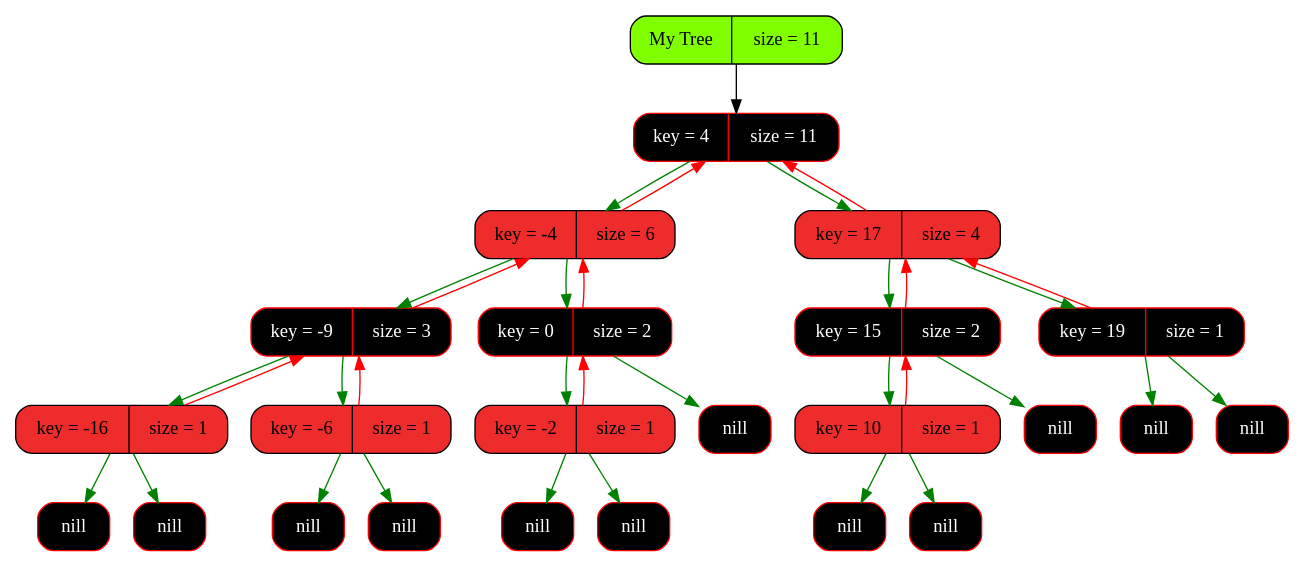
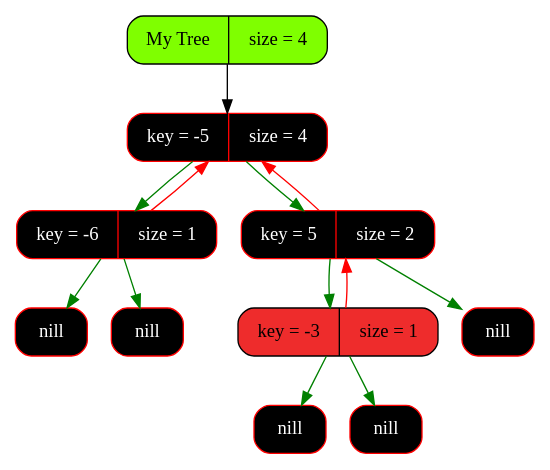
One commit to Pelmeshka127/RedBlackTree changed the diagram in graphics/graph.dot. Above: the diagram before and after it, drawn with Graphviz. The commit also changed 21 other files, not shown here.

Commit message:
Fixed graphics.hpp, tree optimized

```diff
--- a/graphics/graph.dot
+++ b/graphics/graph.dot
@@ -1,63 +1,28 @@
 digraph Tree
 {
    rankdir = HR;
    node[fontsize=14];
    edge[color="black",fontcolor="blue",fontsize=12];
-   tree[shape = Mrecord, style = filled, fillcolor = "chartreuse1", label = "My Tree | size = 11"];
-   "0x14b104180"[shape = Mrecord, color = "red", style = filled, fontcolor = "white", fillcolor = "black",   label = " key = 4 | size = 11"];
-  "0x14b104180" -> "0x14b104080" [color = "green"];
-  "0x14b104080" -> "0x14b104180" [color = "red"];
-  "0x14b104180" -> "0x14b004180" [color = "green"];
-  "0x14b004180" -> "0x14b104180" [color = "red"];
-  "0x14b104080"[shape = Mrecord, color = "black", style = filled, fillcolor = "firebrick2",   label = " key = -4 | size = 6"];
-  "0x14b104080" -> "0x14b004080" [color = "green"];
-  "0x14b004080" -> "0x14b104080" [color = "red"];
-  "0x14b104080" -> "0x149e06750" [color = "green"];
-  "0x149e06750" -> "0x14b104080" [color = "red"];
-   "0x14b004080"[shape = Mrecord, color = "red", style = filled, fontcolor = "white", fillcolor = "black",   label = " key = -9 | size = 3"];
-  "0x14b004080" -> "0x14b0041e0" [color = "green"];
-  "0x14b0041e0" -> "0x14b004080" [color = "red"];
-  "0x14b004080" -> "0x14b0041b0" [color = "green"];
-  "0x14b0041b0" -> "0x14b004080" [color = "red"];
-  "0x14b0041e0"[shape = Mrecord, color = "black", style = filled, fillcolor = "firebrick2",   label = " key = -16 | size = 1"];
-   "0x14b0041e0left"[shape = Mrecord, color = "red", style = filled, fontcolor = "white", fillcolor = "black",   label = " <value> nill"];
-  "0x14b0041e0" -> "0x14b0041e0left" [color = "green"];
-   "0x14b0041e0right"[shape = Mrecord, color = "red", style = filled, fontcolor = "white", fillcolor = "black",   label = " <value> nill"];
-  "0x14b0041e0" -> "0x14b0041e0right" [color = "green"];
-  "0x14b0041b0"[shape = Mrecord, color = "black", style = filled, fillcolor = "firebrick2",   label = " key = -6 | size = 1"];
-   "0x14b0041b0left"[shape = Mrecord, color = "red", style = filled, fontcolor = "white", fillcolor = "black",   label = " <value> nill"];
-  "0x14b0041b0" -> "0x14b0041b0left" [color = "green"];
-   "0x14b0041b0right"[shape = Mrecord, color = "red", style = filled, fontcolor = "white", fillcolor = "black",   label = " <value> nill"];
-  "0x14b0041b0" -> "0x14b0041b0right" [color = "green"];
-   "0x149e06750"[shape = Mrecord, color = "red", style = filled, fontcolor = "white", fillcolor = "black",   label = " key = 0 | size = 2"];
-  "0x149e06750" -> "0x14b204080" [color = "green"];
-  "0x14b204080" -> "0x149e06750" [color = "red"];
-   "0x149e06750right"[shape = Mrecord, color = "red", style = filled, fontcolor = "white", fillcolor = "black",   label = " <value> nill"];
-  "0x149e06750" -> "0x149e06750right" [color = "green"];
-  "0x14b204080"[shape = Mrecord, color = "black", style = filled, fillcolor = "firebrick2",   label = " key = -2 | size = 1"];
-   "0x14b204080left"[shape = Mrecord, color = "red", style = filled, fontcolor = "white", fillcolor = "black",   label = " <value> nill"];
-  "0x14b204080" -> "0x14b204080left" [color = "green"];
-   "0x14b204080right"[shape = Mrecord, color = "red", style = filled, fontcolor = "white", fillcolor = "black",   label = " <value> nill"];
-  "0x14b204080" -> "0x14b204080right" [color = "green"];
-  "0x14b004180"[shape = Mrecord, color = "black", style = filled, fillcolor = "firebrick2",   label = " key = 17 | size = 4"];
-  "0x14b004180" -> "0x14b2041b0" [color = "green"];
-  "0x14b2041b0" -> "0x14b004180" [color = "red"];
-  "0x14b004180" -> "0x14b204180" [color = "green"];
-  "0x14b204180" -> "0x14b004180" [color = "red"];
-   "0x14b2041b0"[shape = Mrecord, color = "red", style = filled, fontcolor = "white", fillcolor = "black",   label = " key = 15 | size = 2"];
-  "0x14b2041b0" -> "0x14b304080" [color = "green"];
-  "0x14b304080" -> "0x14b2041b0" [color = "red"];
-   "0x14b2041b0right"[shape = Mrecord, color = "red", style = filled, fontcolor = "white", fillcolor = "black",   label = " <value> nill"];
-  "0x14b2041b0" -> "0x14b2041b0right" [color = "green"];
-  "0x14b304080"[shape = Mrecord, color = "black", style = filled, fillcolor = "firebrick2",   label = " key = 10 | size = 1"];
-   "0x14b304080left"[shape = Mrecord, color = "red", style = filled, fontcolor = "white", fillcolor = "black",   label = " <value> nill"];
-  "0x14b304080" -> "0x14b304080left" [color = "green"];
-   "0x14b304080right"[shape = Mrecord, color = "red", style = filled, fontcolor = "white", fillcolor = "black",   label = " <value> nill"];
-  "0x14b304080" -> "0x14b304080right" [color = "green"];
-   "0x14b204180"[shape = Mrecord, color = "red", style = filled, fontcolor = "white", fillcolor = "black",   label = " key = 19 | size = 1"];
-   "0x14b204180left"[shape = Mrecord, color = "red", style = filled, fontcolor = "white", fillcolor = "black",   label = " <value> nill"];
-  "0x14b204180" -> "0x14b204180left" [color = "green"];
-   "0x14b204180right"[shape = Mrecord, color = "red", style = filled, fontcolor = "white", fillcolor = "black",   label = " <value> nill"];
-  "0x14b204180" -> "0x14b204180right" [color = "green"];
-   tree -> "0x14b104180" [color = "gray0"];
+   tree[shape = Mrecord, style = filled, fillcolor = "chartreuse1", label = "My Tree | size = 4"];
+   "0x121f04080"[shape = Mrecord, color = "red", style = filled, fontcolor = "white", fillcolor = "black",   label = " key = -5 | size = 4"];
+  "0x121f04080" -> "0x121f040b0" [color = "green"];
+  "0x121f040b0" -> "0x121f04080" [color = "red"];
+  "0x121f04080" -> "0x121f040e0" [color = "green"];
+  "0x121f040e0" -> "0x121f04080" [color = "red"];
+   "0x121f040b0"[shape = Mrecord, color = "red", style = filled, fontcolor = "white", fillcolor = "black",   label = " key = -6 | size = 1"];
+   "0x121f040b0left"[shape = Mrecord, color = "red", style = filled, fontcolor = "white", fillcolor = "black",   label = " <value> nill"];
+  "0x121f040b0" -> "0x121f040b0left" [color = "green"];
+   "0x121f040b0right"[shape = Mrecord, color = "red", style = filled, fontcolor = "white", fillcolor = "black",   label = " <value> nill"];
+  "0x121f040b0" -> "0x121f040b0right" [color = "green"];
+   "0x121f040e0"[shape = Mrecord, color = "red", style = filled, fontcolor = "white", fillcolor = "black",   label = " key = 5 | size = 2"];
+  "0x121f040e0" -> "0x121f04120" [color = "green"];
+  "0x121f04120" -> "0x121f040e0" [color = "red"];
+   "0x121f040e0right"[shape = Mrecord, color = "red", style = filled, fontcolor = "white", fillcolor = "black",   label = " <value> nill"];
+  "0x121f040e0" -> "0x121f040e0right" [color = "green"];
+   "0x121f04120"[shape = Mrecord, color = "black", style = filled, fontcolor = "black", fillcolor = "firebrick2",   label = " key = -3 | size = 1"];
+   "0x121f04120left"[shape = Mrecord, color = "red", style = filled, fontcolor = "white", fillcolor = "black",   label = " <value> nill"];
+  "0x121f04120" -> "0x121f04120left" [color = "green"];
+   "0x121f04120right"[shape = Mrecord, color = "red", style = filled, fontcolor = "white", fillcolor = "black",   label = " <value> nill"];
+  "0x121f04120" -> "0x121f04120right" [color = "green"];
+   tree -> "0x121f04080" [color = "gray0"];
 }
```
